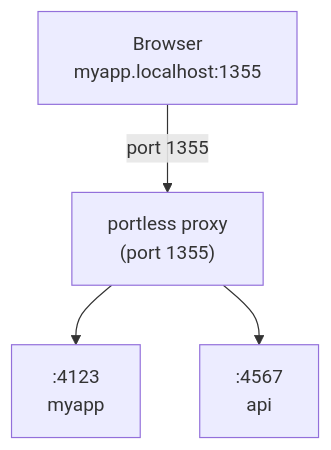
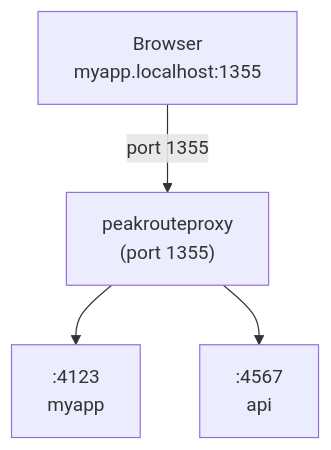
The diagram in README.md (faladev/peakroute), drawn with Mermaid before and after one commit. The commit also changed other lines of this file and 27 other files, not shown here.

````diff
--- a/README.md
+++ b/README.md
@@ -71,11 +71,11 @@
 ```mermaid
 flowchart TD
     Browser["Browser\nmyapp.localhost:1355"]
-    Proxy["portless proxy\n(port 1355)"]
+    Proxy["peakrouteproxy\n(port 1355)"]
     App1[":4123\nmyapp"]
     App2[":4567\napi"]
 
     Browser -->|port 1355| Proxy
     Proxy --> App1
     Proxy --> App2
 ```
````
